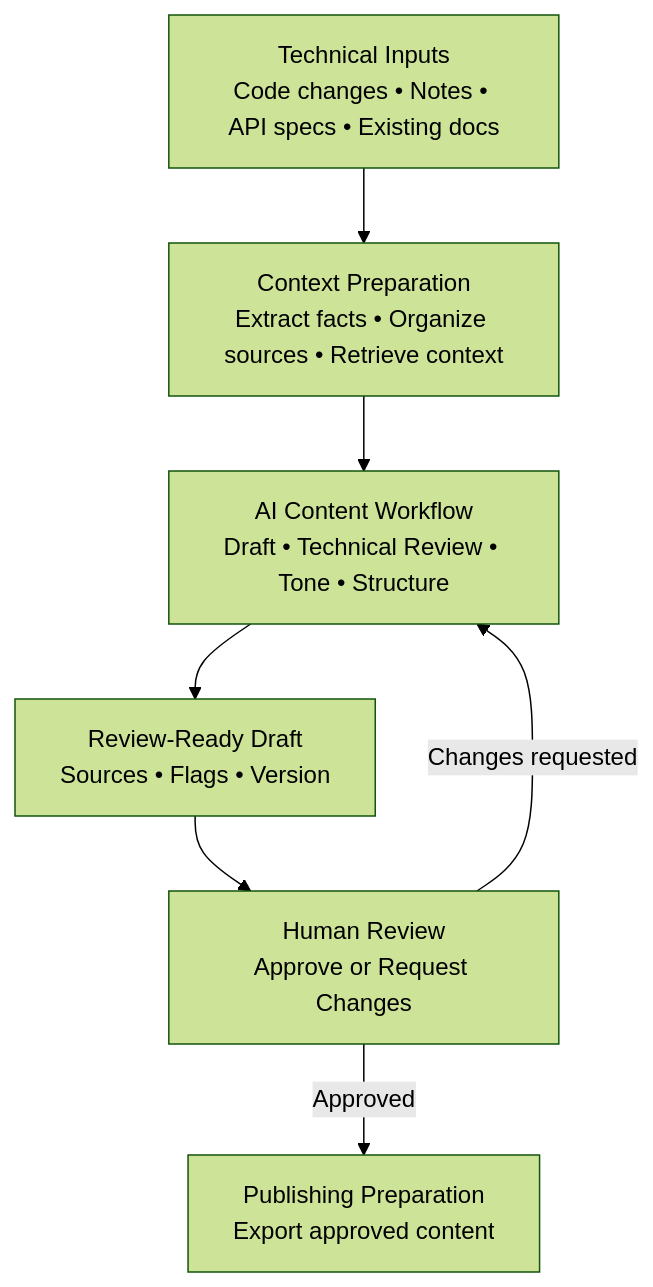
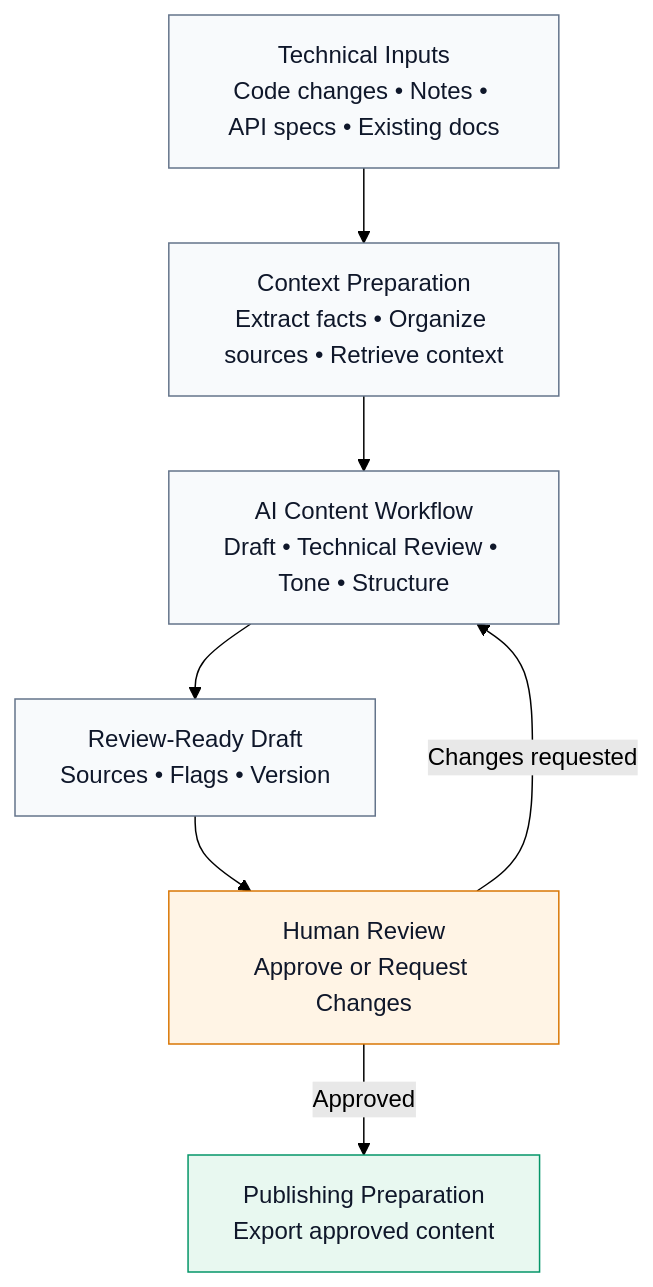
One commit to DarshanMathpal/gitlab-ai-content-engine changed the first of 4 diagrams in README.md. Above: the diagram before and after it, drawn with Mermaid (forest theme).

Commit message:
Enhance diagram with class definitions
Added class definitions for stages and review in diagram.

````diff
--- a/README.md
+++ b/README.md
@@ -36,13 +36,21 @@
 ```mermaid
 flowchart TB
     A["Technical Inputs<br/>Code changes • Notes • API specs • Existing docs"]
     B["Context Preparation<br/>Extract facts • Organize sources • Retrieve context"]
     C["AI Content Workflow<br/>Draft • Technical Review • Tone • Structure"]
     D["Review-Ready Draft<br/>Sources • Flags • Version"]
     E["Human Review<br/>Approve or Request Changes"]
     F["Publishing Preparation<br/>Export approved content"]
 
     A --> B --> C --> D --> E
     E -->|Changes requested| C
     E -->|Approved| F
+
+    classDef stage fill:#F8FAFC,stroke:#64748B,color:#0F172A;
+    classDef review fill:#FFF4E5,stroke:#D97706,color:#0F172A;
+    classDef output fill:#E8F8F0,stroke:#059669,color:#0F172A;
+
+    class A,B,C,D,E,F stage;
+    class E review;
+    class F output;
 ```
````
